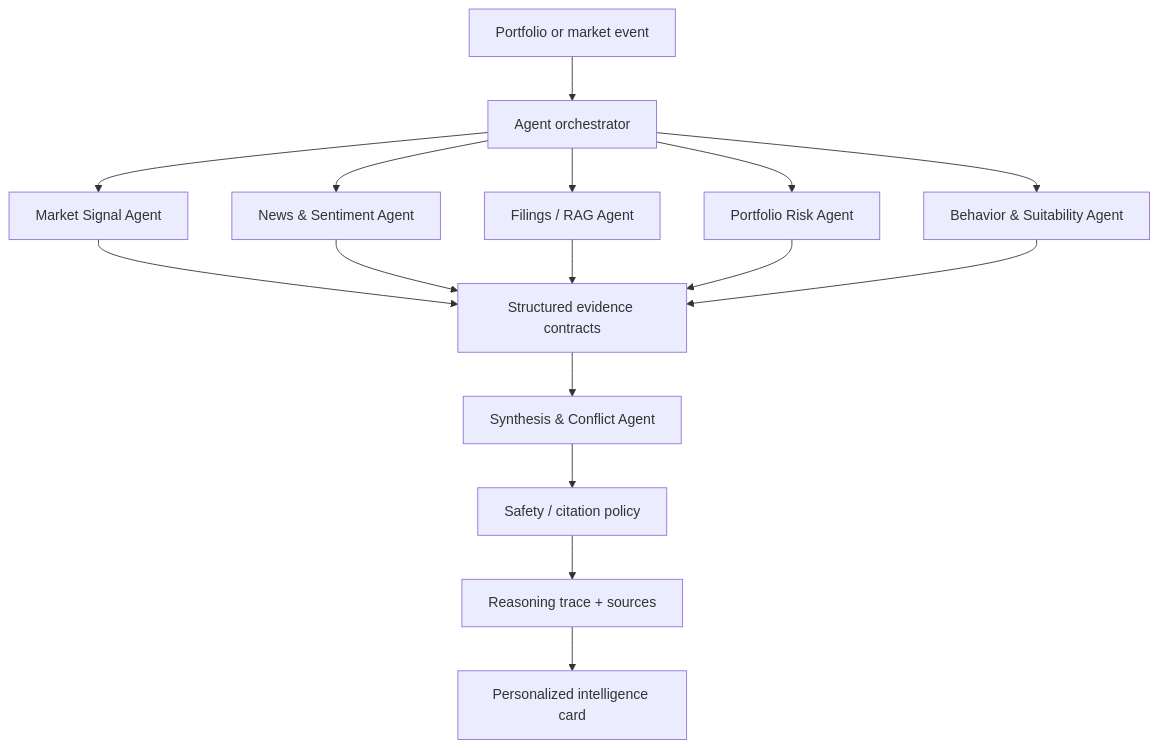
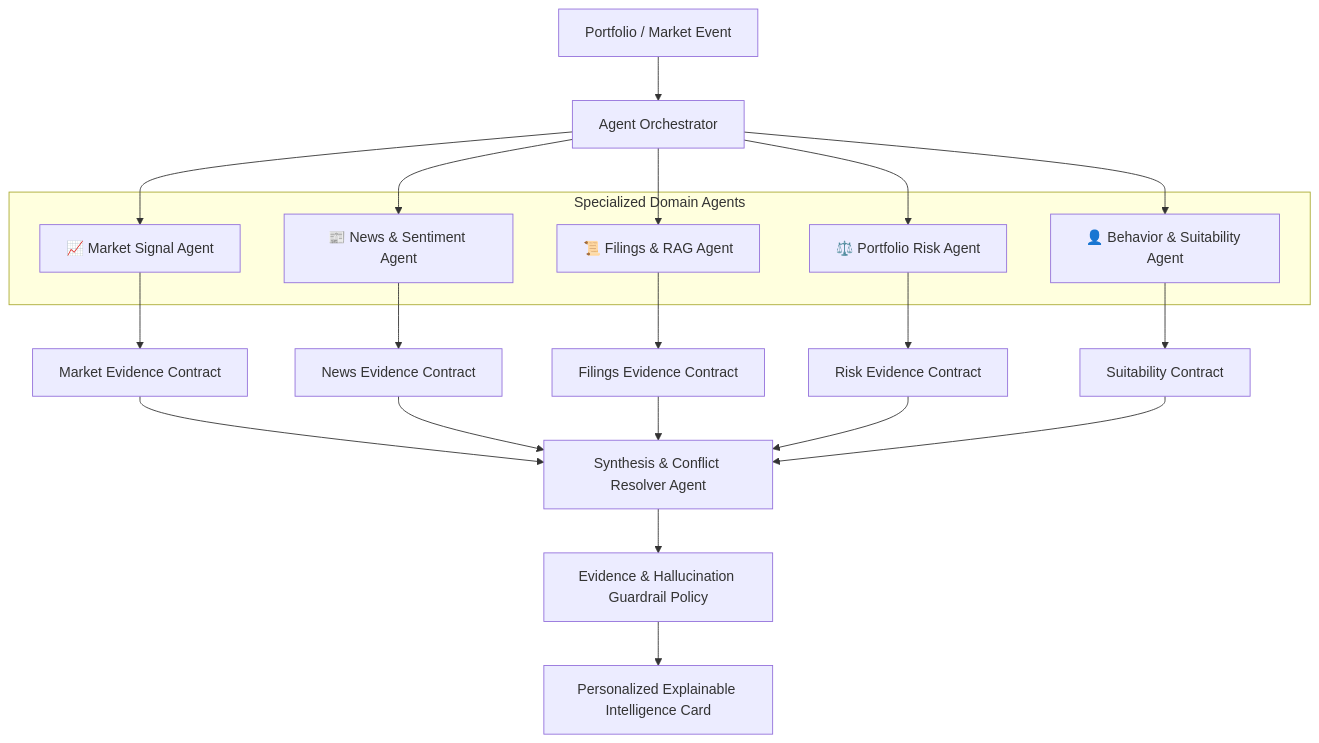
One commit to abhivardhan20-coder/FillEx changed the tenth of 13 diagrams in README.md. Above: the diagram before and after it, drawn with Mermaid. The commit also changed other lines of this file, not shown here.

Commit message:
docs: update comprehensive architecture, broker integrations, and multi-agent RAG README

````diff
--- a/README.md
+++ b/README.md
@@ -384,20 +512,24 @@
 ```mermaid
 flowchart TB
-    EVENT[Portfolio or market event] --> ORCH[Agent orchestrator]
-    ORCH --> MA[Market Signal Agent]
-    ORCH --> NA[News & Sentiment Agent]
-    ORCH --> FA[Filings / RAG Agent]
-    ORCH --> RA[Portfolio Risk Agent]
-    ORCH --> BA[Behavior & Suitability Agent]
+    EVENT[Portfolio / Market Event] --> ORCH[Agent Orchestrator]
 
-    MA --> CONTRACT[Structured evidence contracts]
-    NA --> CONTRACT
-    FA --> CONTRACT
-    RA --> CONTRACT
-    BA --> CONTRACT
+    subgraph Agents["Specialized Domain Agents"]
+        MA[📈 Market Signal Agent]
+        NA[📰 News & Sentiment Agent]
+        FA[📜 Filings & RAG Agent]
+        RA[⚖️ Portfolio Risk Agent]
+        BA[👤 Behavior & Suitability Agent]
+    end
 
-    CONTRACT --> SYN[Synthesis & Conflict Agent]
-    SYN --> POLICY[Safety / citation policy]
-    POLICY --> TRACE[Reasoning trace + sources]
-    TRACE --> UI[Personalized intelligence card]
+    ORCH --> MA & NA & FA & RA & BA
+
+    MA --> C_MA[Market Evidence Contract]
+    NA --> C_NA[News Evidence Contract]
+    FA --> C_FA[Filings Evidence Contract]
+    RA --> C_RA[Risk Evidence Contract]
+    BA --> C_BA[Suitability Contract]
+
+    C_MA & C_NA & C_FA & C_RA & C_BA --> SYNTH[Synthesis & Conflict Resolver Agent]
+    SYNTH --> POLICY[Evidence & Hallucination Guardrail Policy]
+    POLICY --> OUT[Personalized Explainable Intelligence Card]
 ```
````
